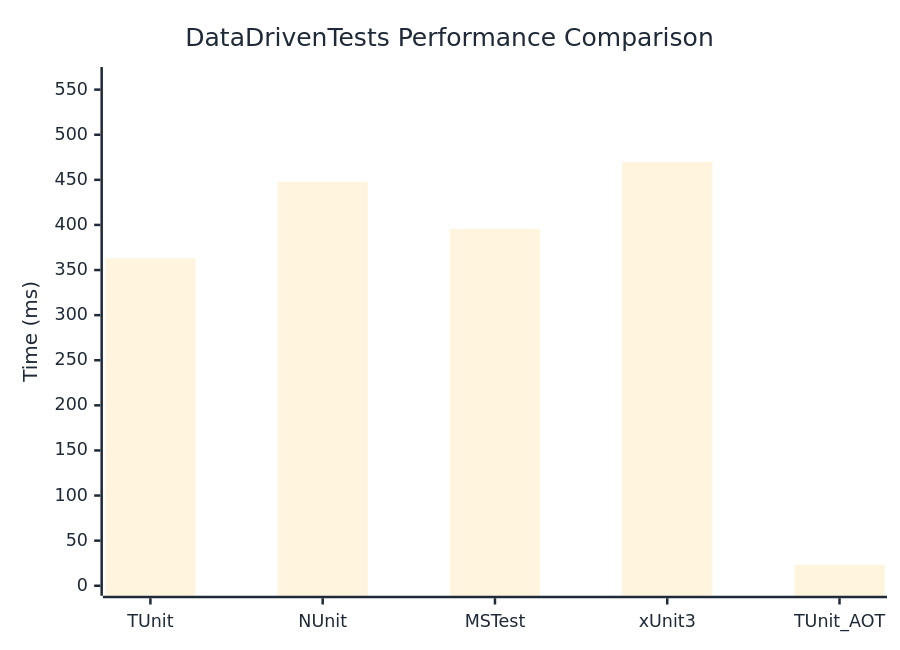
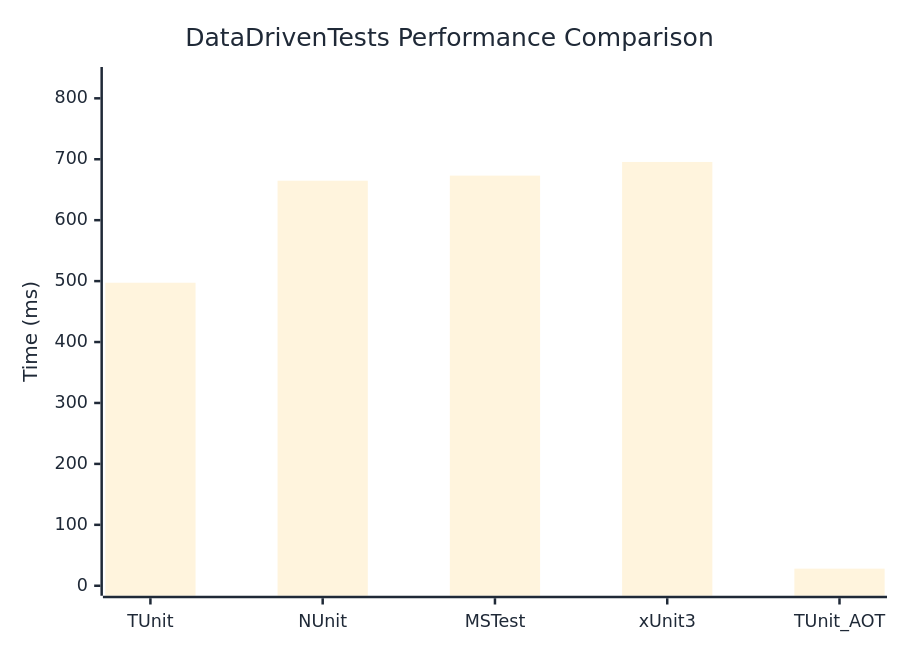
Before and after one commit to thomhurst/TUnit: the diagram in docs/docs/benchmarks/DataDrivenTests.md, drawn with Mermaid. The commit also changed other lines of this file and 17 other files, not shown here.

````diff
--- a/docs/docs/benchmarks/DataDrivenTests.md
+++ b/docs/docs/benchmarks/DataDrivenTests.md
@@ -27,37 +27,37 @@
 ```mermaid
 %%{init: {
   'theme':'base',
   'themeVariables': {
     'primaryColor': '#2563eb',
     'primaryTextColor': '#1f2937',
     'primaryBorderColor': '#1e40af',
     'lineColor': '#6b7280',
     'secondaryColor': '#7c3aed',
     'tertiaryColor': '#dc2626',
     'background': '#ffffff',
     'mainBkg': '#2563eb',
     'secondBkg': '#7c3aed',
     'tertiaryBkg': '#dc2626',
     'clusterBkg': '#f3f4f6',
     'edgeLabelBackground': '#ffffff',
     'tertiaryTextColor': '#1f2937',
     'pie1': '#2563eb',
     'pie2': '#7c3aed',
     'pie3': '#dc2626',
     'pie4': '#f59e0b',
     'pie5': '#10b981',
     'pie6': '#06b6d4',
     'pie7': '#ec4899',
     'pie8': '#6366f1',
     'pie9': '#84cc16',
     'pie10': '#f97316',
     'pie11': '#14b8a6',
     'pie12': '#a855f7'
   }
 }}%%
 xychart-beta
   title "DataDrivenTests Performance Comparison"
   x-axis ["TUnit", "NUnit", "MSTest", "xUnit3", "TUnit_AOT"]
-  y-axis "Time (ms)" 0 --> 564
-  bar [362.98, 447.8, 395.63, 469.96, 23.3]
+  y-axis "Time (ms)" 0 --> 835
+  bar [497.35, 664.8, 673.15, 695.56, 28.08]
 ```
````
